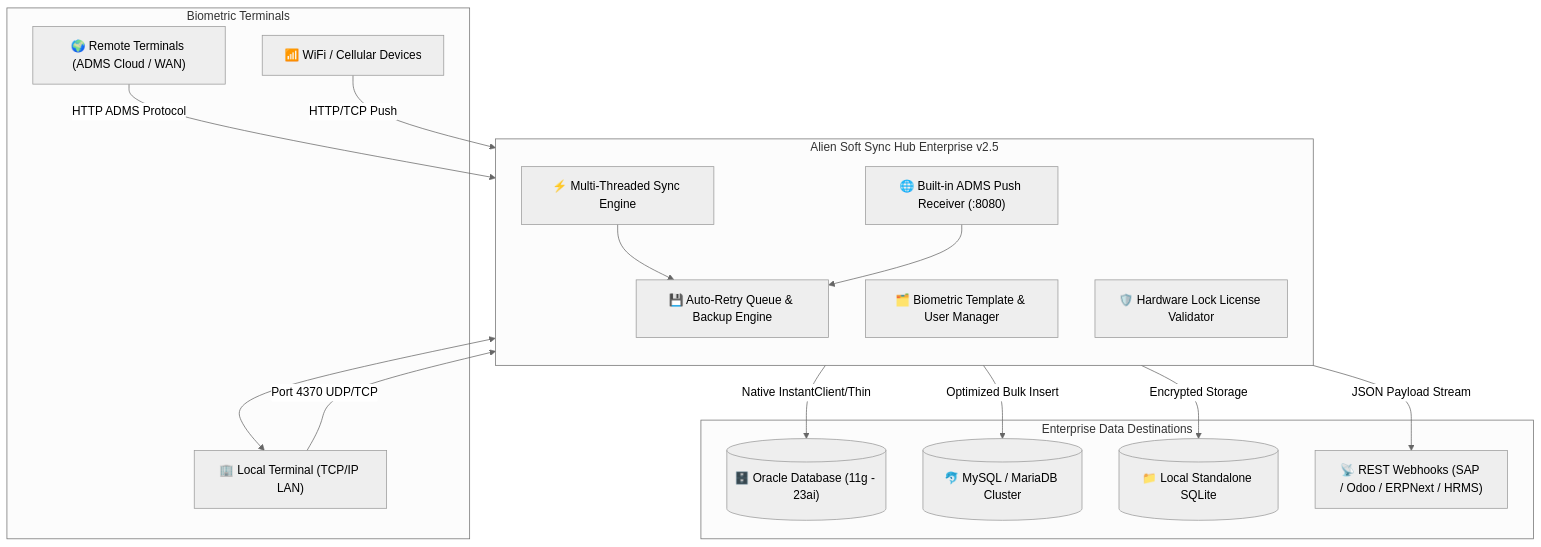
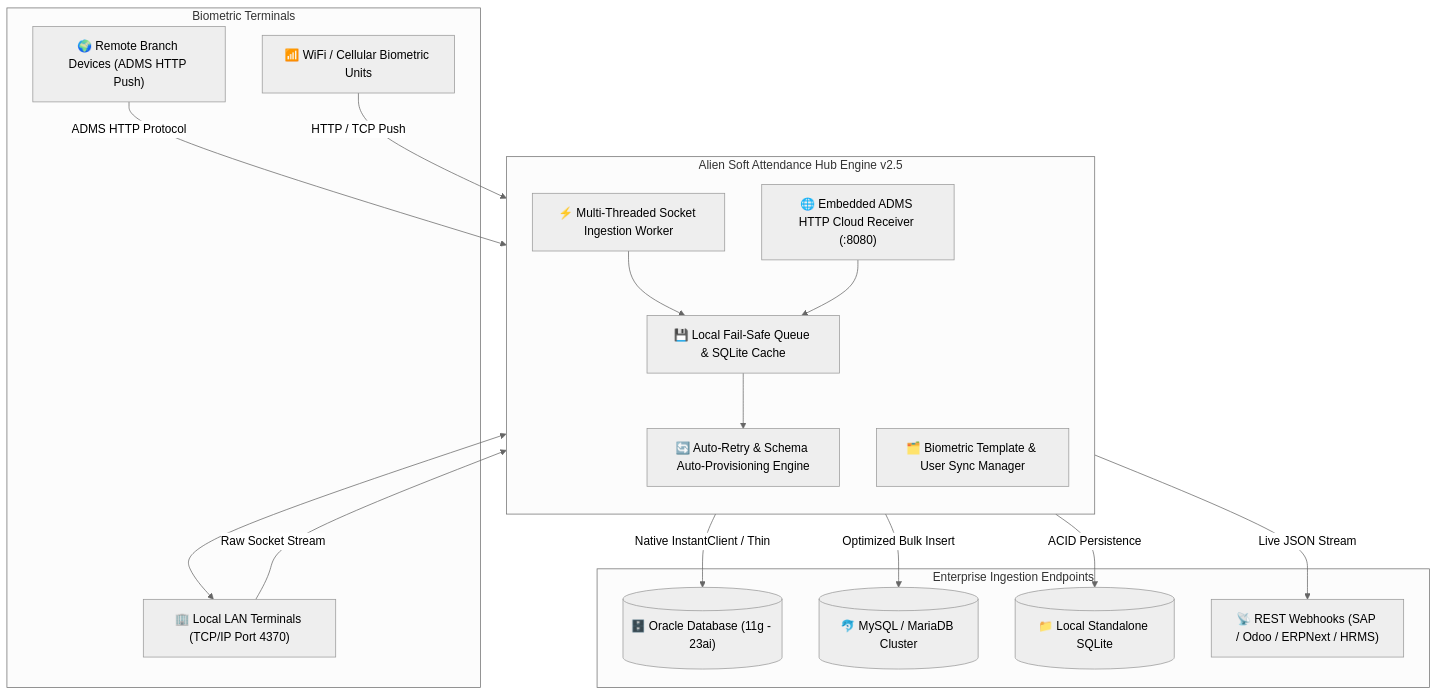
The diagram in README.md (sohaghaing0070/AlienZKTecoSync), drawn with Mermaid (neutral theme) before and after one commit. The commit also changed other lines of this file, not shown here.

Commit message:
Docs: Complete enterprise documentation overhaul with architecture diagrams and feature matrix

````diff
--- a/README.md
+++ b/README.md
@@ -37,37 +59,38 @@
 ```mermaid
 flowchart TD
-    subgraph DEVICES[" Biometric Terminals "]
-        D1["🏢 Local Terminal (TCP/IP LAN)"]
-        D2["🌍 Remote Terminals (ADMS Cloud / WAN)"]
-        D3["📶 WiFi / Cellular Devices"]
+    subgraph TERMINALS[" Biometric Terminals "]
+        T1["🏢 Local LAN Terminals (TCP/IP Port 4370)"]
+        T2["🌍 Remote Branch Devices (ADMS HTTP Push)"]
+        T3["📶 WiFi / Cellular Biometric Units"]
     end
 
-    subgraph ENGINE[" Alien Soft Sync Hub Enterprise v2.5 "]
+    subgraph HUB[" Alien Soft Attendance Hub Engine v2.5 "]
         direction TB
-        E1["⚡ Multi-Threaded Sync Engine"]
-        E2["🌐 Built-in ADMS Push Receiver (:8080)"]
-        E3["🗂️ Biometric Template & User Manager"]
-        E4["🛡️ Hardware Lock License Validator"]
-        E5["💾 Auto-Retry Queue & Backup Engine"]
+        H1["⚡ Multi-Threaded Socket Ingestion Worker"]
+        H2["🌐 Embedded ADMS HTTP Cloud Receiver (:8080)"]
+        H3["💾 Local Fail-Safe Queue & SQLite Cache"]
+        H4["🗂️ Biometric Template & User Sync Manager"]
+        H5["🔄 Auto-Retry & Schema Auto-Provisioning Engine"]
     end
 
-    subgraph TARGETS[" Enterprise Data Destinations "]
-        T1[("🗄️ Oracle Database (11g - 23ai)")]
-        T2[("🐬 MySQL / MariaDB Cluster")]
-        T3[("📁 Local Standalone SQLite")]
-        T4["📡 REST Webhooks (SAP / Odoo / ERPNext / HRMS)"]
+    subgraph DESTINATIONS[" Enterprise Ingestion Endpoints "]
+        D1[("🗄️ Oracle Database (11g - 23ai)")]
+        D2[("🐬 MySQL / MariaDB Cluster")]
+        D3[("📁 Local Standalone SQLite")]
+        D4["📡 REST Webhooks (SAP / Odoo / ERPNext / HRMS)"]
     end
 
-    D1 -->|Port 4370 UDP/TCP| E1
-    D2 -->|HTTP ADMS Protocol| E2
-    D3 -->|HTTP/TCP Push| E2
+    T1 -->|Raw Socket Stream| H1
+    T2 -->|ADMS HTTP Protocol| H2
+    T3 -->|HTTP / TCP Push| H2
 
-    E1 --> E5
-    E2 --> E5
-    E3 <--> D1
+    H1 --> H3
+    H2 --> H3
+    H4 <--> T1
 
-    E5 -->|Native InstantClient/Thin| T1
-    E5 -->|Optimized Bulk Insert| T2
-    E5 -->|Encrypted Storage| T3
-    E5 -->|JSON Payload Stream| T4
+    H3 --> H5
+    H5 -->|Native InstantClient / Thin| D1
+    H5 -->|Optimized Bulk Insert| D2
+    H5 -->|ACID Persistence| D3
+    H5 -->|Live JSON Stream| D4
 ```
````
